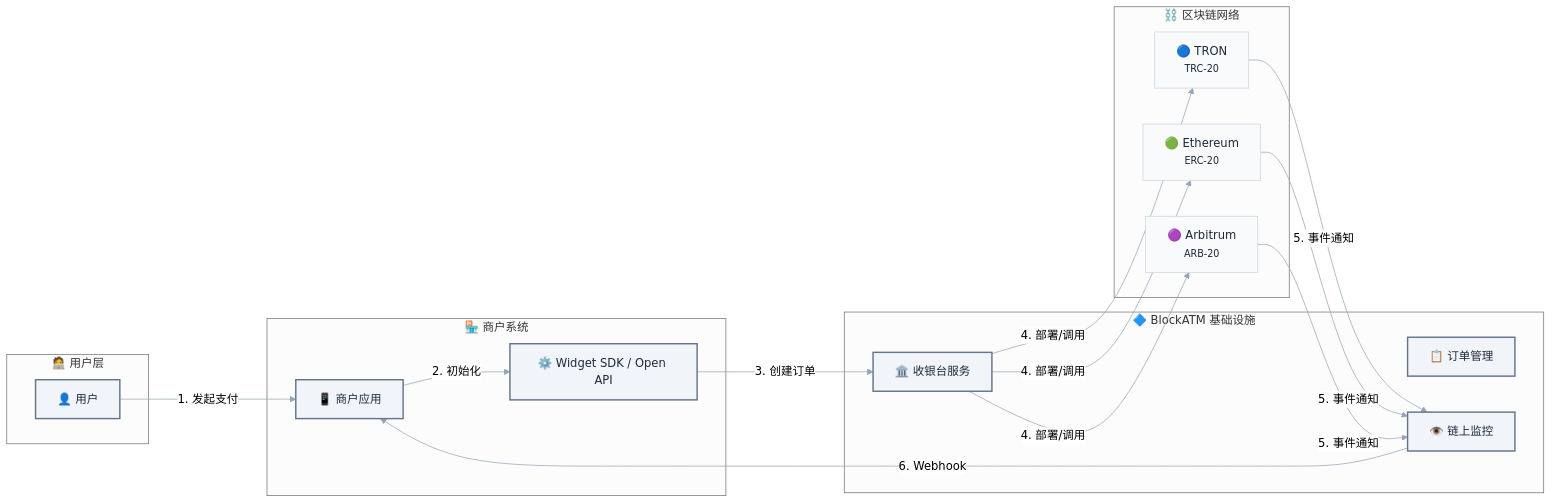
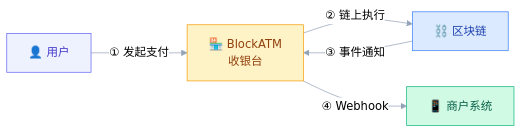
Before and after one commit to BlockATMOnLine/docs: the first of 3 diagrams in blockatm/what-is-blockatm.md, drawn with Mermaid.

Commit message:
docs: simplify system architecture diagram in overview
Reduce complexity from 4-layer nested graph to simple 4-node flow

````diff
--- a/blockatm/what-is-blockatm.md
+++ b/blockatm/what-is-blockatm.md
@@ -43,58 +43,21 @@
 ```mermaid
 %%{
   init: {
     'theme': 'neutral',
     'themeVariables': {
       'primaryColor': '#6366F1',
-      'primaryTextColor': '#1E293B',
-      'primaryBorderColor': '#6366F1',
-      'lineColor': '#94A3B8',
-      'secondaryColor': '#E0E7FF',
-      'tertiaryColor': '#F8FAFC'
-    },
-    'flowchart': {
-      'curve': 'basis',
-      'nodeSpacing': 50,
-      'rankSpacing': 80
+      'lineColor': '#94A3B8'
     }
   }
 }%%
 graph LR
-    subgraph "🧑‍💻 用户层"
-        U["👤 用户"]
-    end
+    A["👤 用户"] -->|"① 发起支付"| B["🏪 BlockATM<br/>收银台"]
+    B -->|"② 链上执行"| C["⛓️ 区块链"]
+    C -->|"③ 事件通知"| B
+    B -->|"④ Webhook"| D["📱 商户系统"]
 
-    subgraph "🏪 商户系统"
-        W["⚙️ Widget SDK / Open API"]
-        M["📱 商户应用"]
-    end
-
-    subgraph "🔷 BlockATM 基础设施"
-        C["🏛️ 收银台服务"]
-        O["📋 订单管理"]
-        N["👁️ 链上监控"]
-    end
-
-    subgraph "⛓️ 区块链网络"
-        T["🔵 TRON<br/><small>TRC-20</small>"]
-        E["🟢 Ethereum<br/><small>ERC-20</small>"]
-        A["🟣 Arbitrum<br/><small>ARB-20</small>"]
-    end
-
-    U -->|1. 发起支付| M
-    M -->|2. 初始化| W
-    W -->|3. 创建订单| C
-    C -->|4. 部署/调用| T
-    C -->|4. 部署/调用| E
-    C -->|4. 部署/调用| A
-    T -->|5. 事件通知| N
-    E -->|5. 事件通知| N
-    A -->|5. 事件通知| N
-    N -->|6. Webhook| M
-
-    classDef nodeStyle fill:#F1F5F9,stroke:#64748B,stroke-width:2px,color:#1E293B
-    classDef subStyle fill:#F8FAFC,stroke:#CBD5E1,stroke-width:1px
-
-    class U,W,M,C,O,N,T,E,A nodeStyle
-    class T,E,A subStyle
+    style A fill:#EEF2FF,stroke:#6366F1,color:#4338CA
+    style B fill:#FEF3C7,stroke:#F59E0B,color:#92400E
+    style C fill:#DBEAFE,stroke:#3B82F6,color:#1E40AF
+    style D fill:#D1FAE5,stroke:#10B981,color:#065F46
 ```
````
